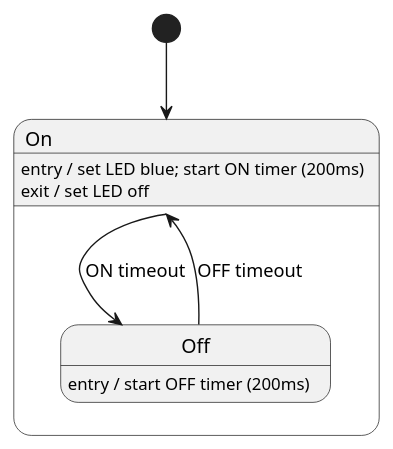
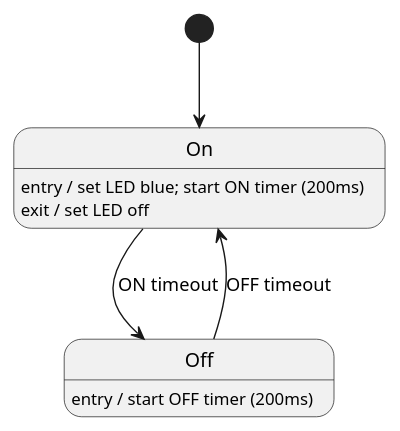
The diagram in src/app/blinky/blinky-state-diagram.puml (alexmarincu/tiva-playground), drawn with PlantUML before and after one commit. The commit also changed 3 other files, not shown here.

Commit message:
Update blinky and time bomb state diagrams

```diff
--- a/src/app/blinky/blinky-state-diagram.puml
+++ b/src/app/blinky/blinky-state-diagram.puml
@@ -1,12 +1,12 @@
 @startuml blinky-state-diagram
 [*] --> On
 state On {
     On : entry / set LED blue; start ON timer (200ms)
     On : exit / set LED off
-    On --> Off : ON timeout
 }
 state Off {
     Off : entry / start OFF timer (200ms)
-    Off --> On : OFF timeout
 }
+On --> Off : ON timeout
+Off --> On : OFF timeout
 @enduml
```
